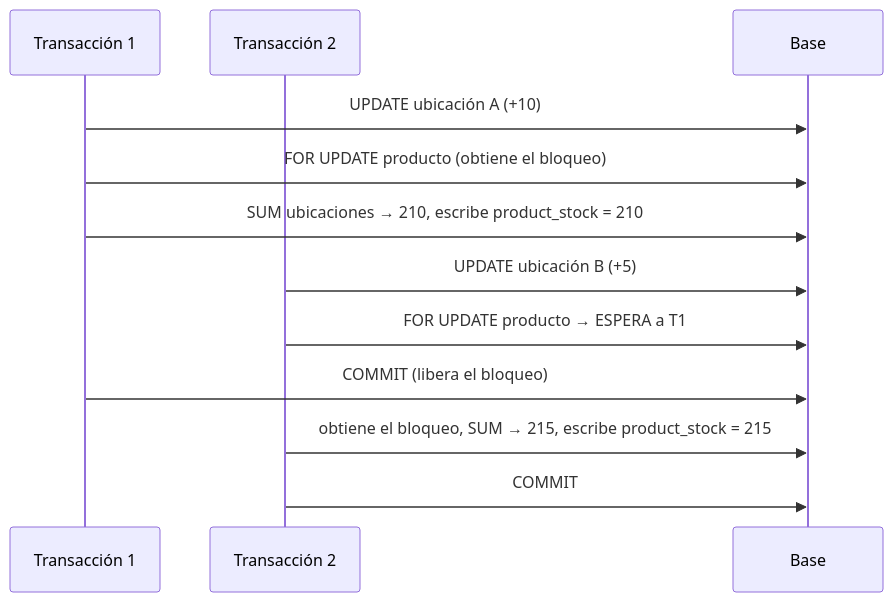
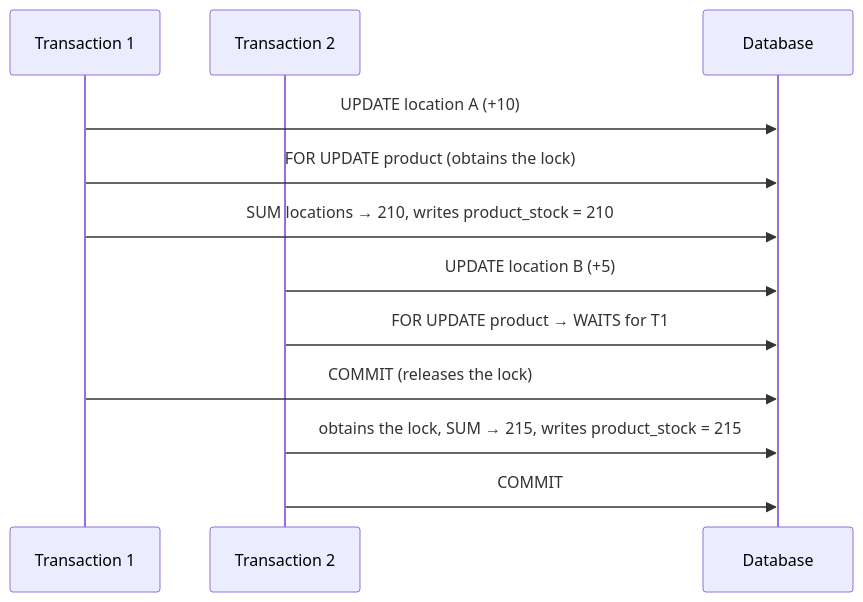
One commit to maag070208/AXZY_STOCK_FLOW changed the second of 2 diagrams in docs/flujos/existencias-y-ajustes.md. Above: the diagram before and after it, drawn with Mermaid. The commit also changed other lines of this file and 31 other files, not shown here.

````diff
--- a/docs/flujos/existencias-y-ajustes.md
+++ b/docs/flujos/existencias-y-ajustes.md
@@ -75,15 +75,15 @@
 ```mermaid
 sequenceDiagram
-    participant T1 as Transacción 1
-    participant T2 as Transacción 2
-    participant DB as Base
+    participant T1 as Transaction 1
+    participant T2 as Transaction 2
+    participant DB as Database
 
-    T1->>DB: UPDATE ubicación A (+10)
-    T1->>DB: FOR UPDATE producto (obtiene el bloqueo)
-    T1->>DB: SUM ubicaciones → 210, escribe product_stock = 210
-    T2->>DB: UPDATE ubicación B (+5)
-    T2->>DB: FOR UPDATE producto → ESPERA a T1
-    T1->>DB: COMMIT (libera el bloqueo)
-    T2->>DB: obtiene el bloqueo, SUM → 215, escribe product_stock = 215
+    T1->>DB: UPDATE location A (+10)
+    T1->>DB: FOR UPDATE product (obtains the lock)
+    T1->>DB: SUM locations → 210, writes product_stock = 210
+    T2->>DB: UPDATE location B (+5)
+    T2->>DB: FOR UPDATE product → WAITS for T1
+    T1->>DB: COMMIT (releases the lock)
+    T2->>DB: obtains the lock, SUM → 215, writes product_stock = 215
     T2->>DB: COMMIT
 ```
````
